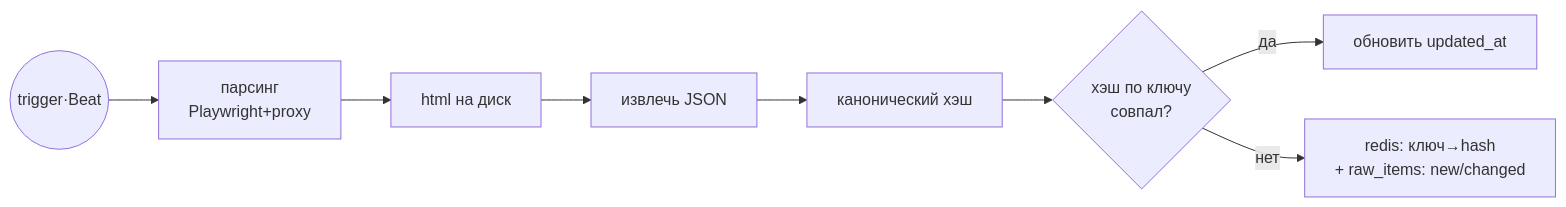
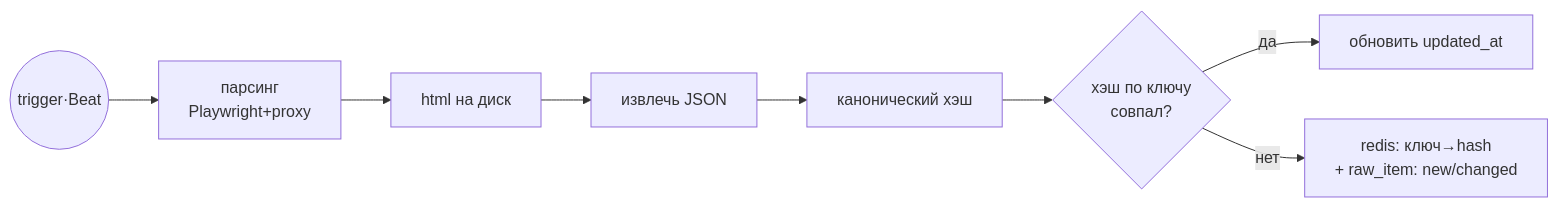
The first of 7 diagrams in ABOUT_PROJECT/ABOUT.md (aslan-py/kodik), drawn with Mermaid before and after one commit. The commit also changed other lines of this file and 27 other files, not shown here.

````diff
--- a/ABOUT_PROJECT/ABOUT.md
+++ b/ABOUT_PROJECT/ABOUT.md
@@ -79,6 +79,6 @@
 ```mermaid
 flowchart LR
   T((trigger·Beat)) --> P[парсинг<br/>Playwright+proxy] --> H[html на диск] --> J[извлечь JSON] --> X[канонический хэш] --> D{хэш по ключу<br/>совпал?}
   D -- да --> U[обновить updated_at]
-  D -- нет --> W[redis: ключ→hash<br/>+ raw_items: new/changed]
+  D -- нет --> W[redis: ключ→hash<br/>+ raw_item: new/changed]
 ```
````
